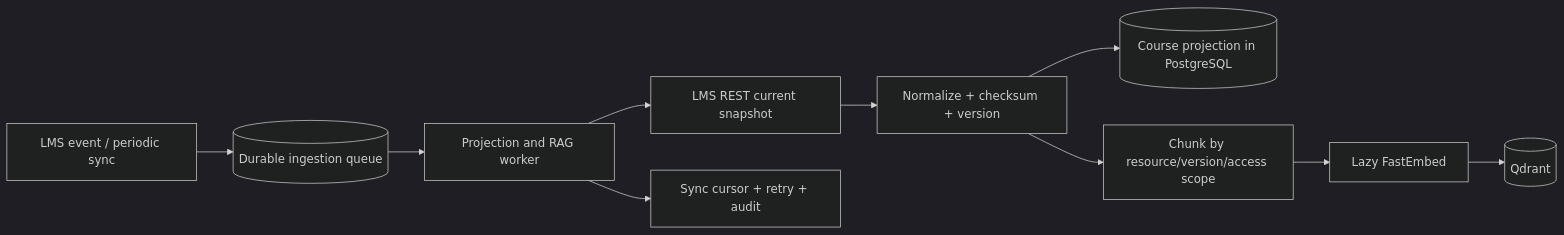
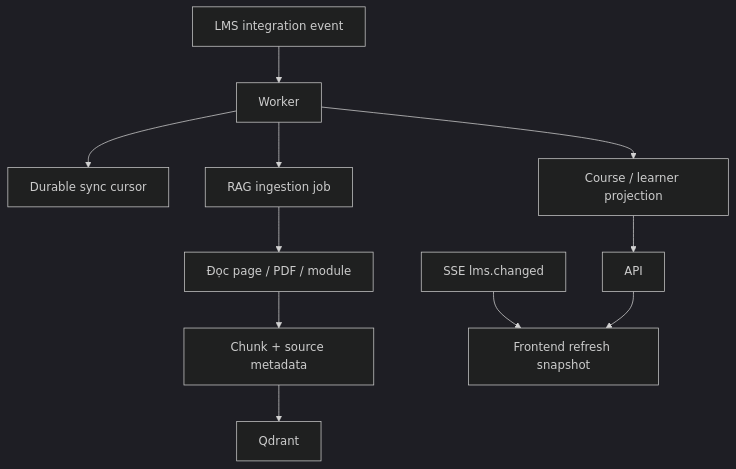
The fifth of 5 diagrams in docs/architecture_diagram.md (kchi24/K4_AI20K_2A202602797_ThanThiKimChi_Project), drawn with Mermaid (dark theme) before and after one commit. The commit also changed other lines of this file and 39 other files, not shown here.

````diff
--- a/docs/architecture_diagram.md
+++ b/docs/architecture_diagram.md
@@ -155,12 +139,13 @@
 ```mermaid
-flowchart LR
-    Event[LMS event / periodic sync] --> Queue[(Durable ingestion queue)]
-    Queue --> Worker[Projection and RAG worker]
-    Worker --> REST[LMS REST current snapshot]
-    REST --> Normalize[Normalize + checksum + version]
-    Normalize --> DB[(Course projection in PostgreSQL)]
-    Normalize --> Chunk[Chunk by resource/version/access scope]
-    Chunk --> Embed[Lazy FastEmbed]
-    Embed --> Vector[(Qdrant)]
-    Worker --> Audit[Sync cursor + retry + audit]
+flowchart TD
+    Event["LMS integration event"] --> Worker
+    Worker --> Cursor["Durable sync cursor"]
+    Worker --> Projection["Course / learner projection"]
+    Worker --> Job["RAG ingestion job"]
+    Job --> Extract["Đọc page / PDF / module"]
+    Extract --> Chunk["Chunk + source metadata"]
+    Chunk --> Qdrant
+    SSE["SSE lms.changed"] --> Browser["Frontend refresh snapshot"]
+    Projection --> API
+    API --> Browser
 ```
````
